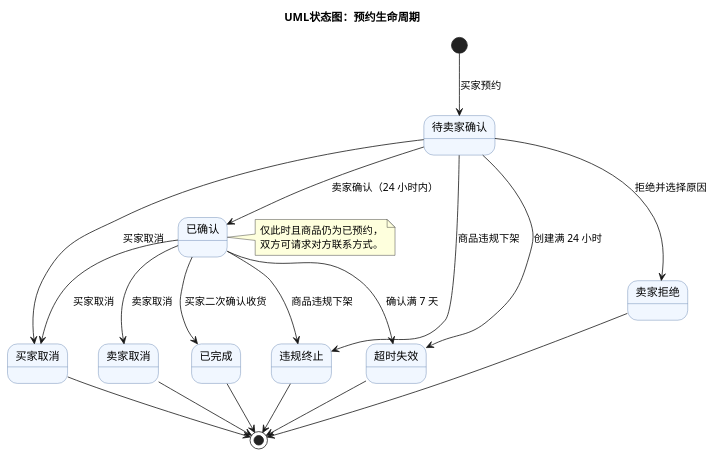
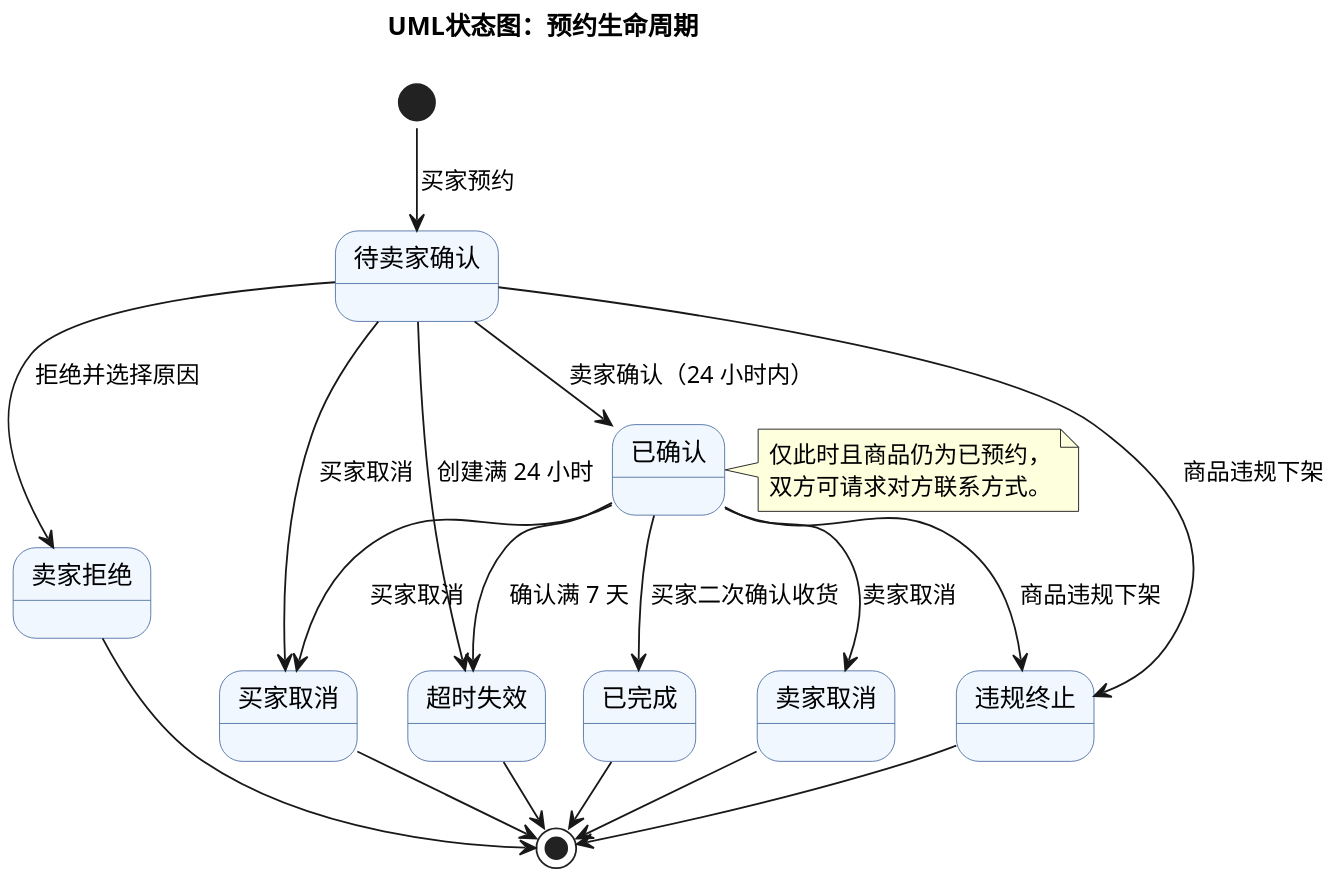
Before and after one commit to rkzzzz-27/26_nju_se: the diagram in 实验2_241220130_饶昆忠/UML/UML预约状态图.puml, drawn with PlantUML. The commit also changed 28 other files, not shown here.

Commit message:
实验2：完成 LaTeX 报告与高清设计图

```diff
--- a/实验2_241220130_饶昆忠/UML/UML预约状态图.puml
+++ b/实验2_241220130_饶昆忠/UML/UML预约状态图.puml
@@ -1,30 +1,32 @@
 @startuml
+!pragma layout smetana
+skinparam dpi 220
 title UML状态图：预约生命周期
 skinparam shadowing false
 skinparam defaultFontName PingFang SC
 skinparam state {
   BackgroundColor #F1F7FF
   BorderColor #5174A5
 }
 [*] --> 待卖家确认 : 买家预约
 待卖家确认 --> 已确认 : 卖家确认（24 小时内）
 待卖家确认 --> 卖家拒绝 : 拒绝并选择原因
 待卖家确认 --> 买家取消 : 买家取消
 待卖家确认 --> 超时失效 : 创建满 24 小时
 已确认 --> 已完成 : 买家二次确认收货
 已确认 --> 买家取消 : 买家取消
 已确认 --> 卖家取消 : 卖家取消
 已确认 --> 超时失效 : 确认满 7 天
 待卖家确认 --> 违规终止 : 商品违规下架
 已确认 --> 违规终止 : 商品违规下架
 已完成 --> [*]
 买家取消 --> [*]
 卖家取消 --> [*]
 卖家拒绝 --> [*]
 超时失效 --> [*]
 违规终止 --> [*]
 note right of 已确认
   仅此时且商品仍为已预约，
   双方可请求对方联系方式。
 end note
 @enduml
```
